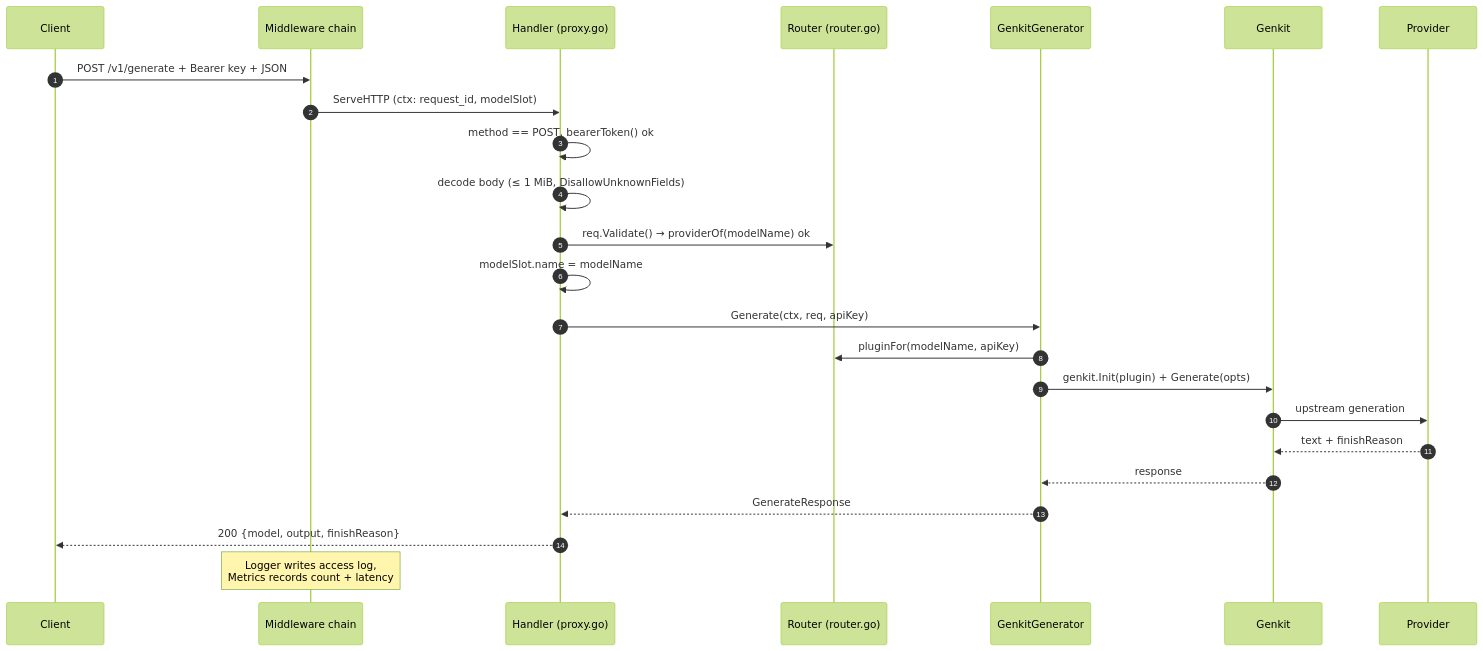
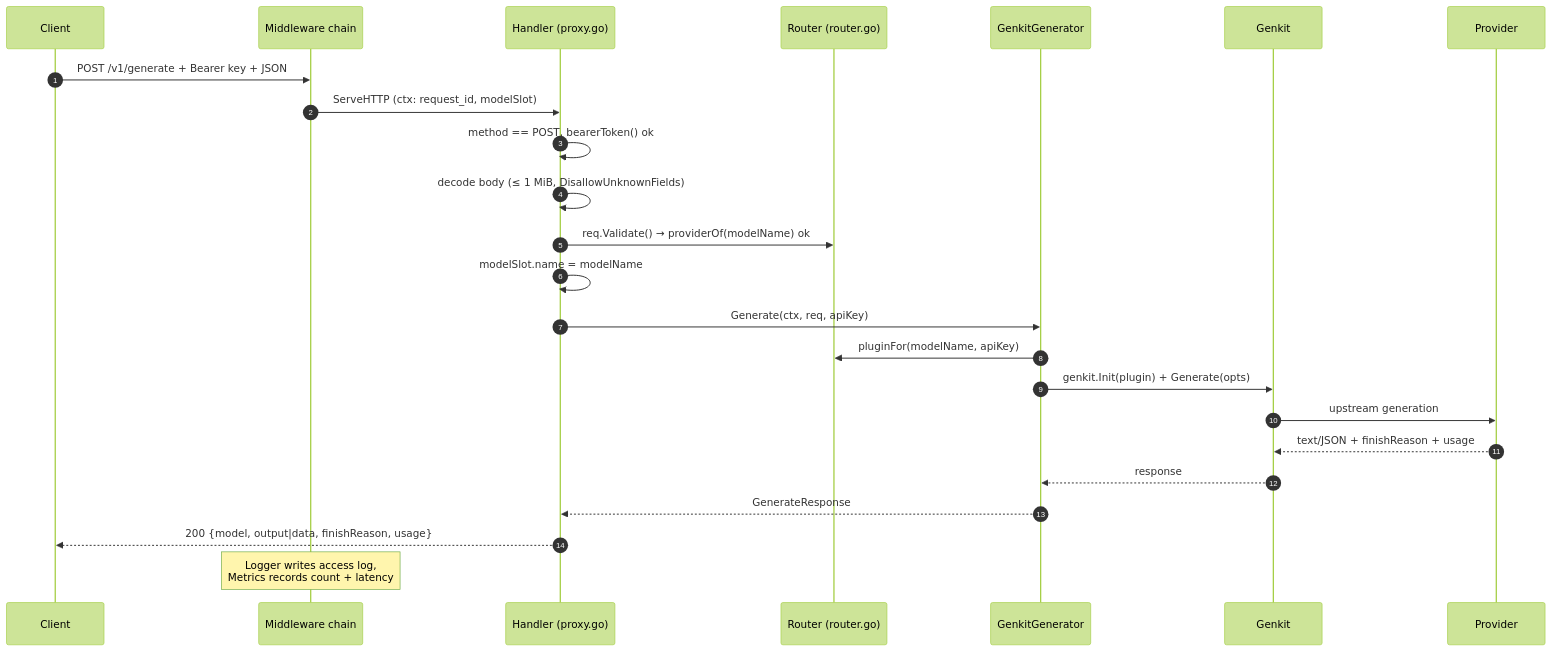
One commit to nicolapasqua99/genkit-proxy changed the fourth of 10 diagrams in docs/architecture.md. Above: the diagram before and after it, drawn with Mermaid (forest theme). The commit also changed 6 other files, not shown here.

````diff
--- a/docs/architecture.md
+++ b/docs/architecture.md
@@ -111,27 +111,27 @@
 ```mermaid
 sequenceDiagram
     autonumber
     participant C as Client
     participant MW as Middleware chain
     participant H as Handler (proxy.go)
     participant R as Router (router.go)
     participant G as GenkitGenerator
     participant K as Genkit
     participant P as Provider
 
     C->>MW: POST /v1/generate + Bearer key + JSON
     MW->>H: ServeHTTP (ctx: request_id, modelSlot)
     H->>H: method == POST, bearerToken() ok
     H->>H: decode body (≤ 1 MiB, DisallowUnknownFields)
     H->>R: req.Validate() → providerOf(modelName) ok
     H->>H: modelSlot.name = modelName
     H->>G: Generate(ctx, req, apiKey)
     G->>R: pluginFor(modelName, apiKey)
     G->>K: genkit.Init(plugin) + Generate(opts)
     K->>P: upstream generation
-    P-->>K: text + finishReason
+    P-->>K: text/JSON + finishReason + usage
     K-->>G: response
     G-->>H: GenerateResponse
-    H-->>C: 200 {model, output, finishReason}
+    H-->>C: 200 {model, output|data, finishReason, usage}
     Note over MW: Logger writes access log,<br/>Metrics records count + latency
 ```
````
